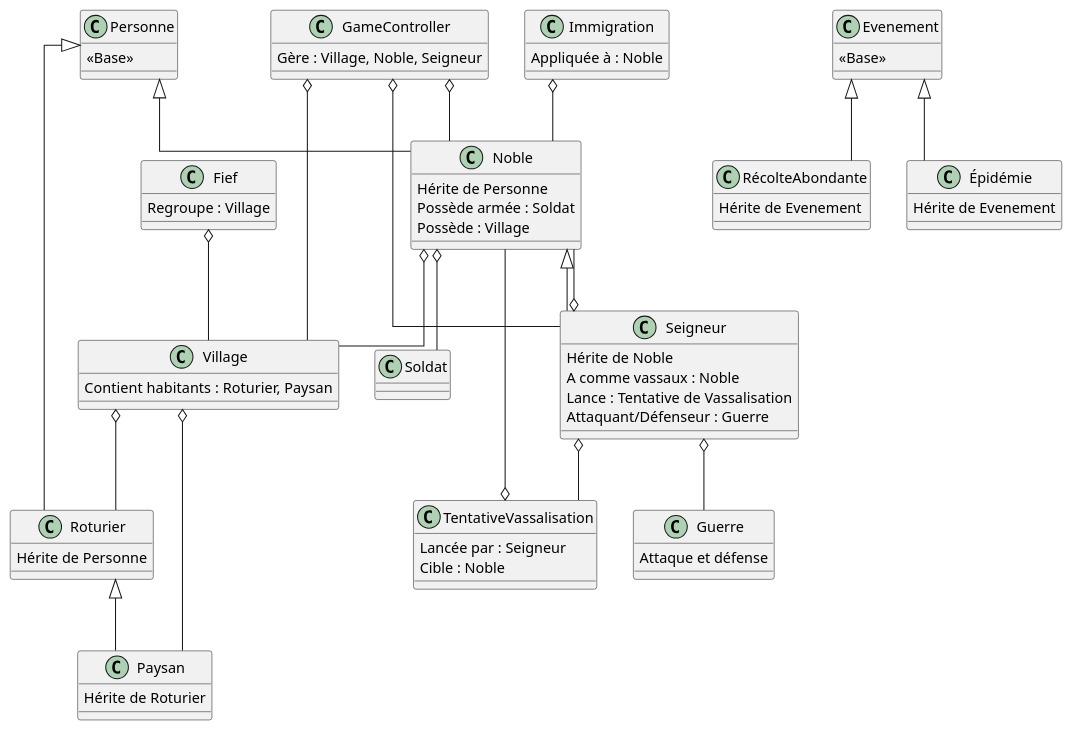
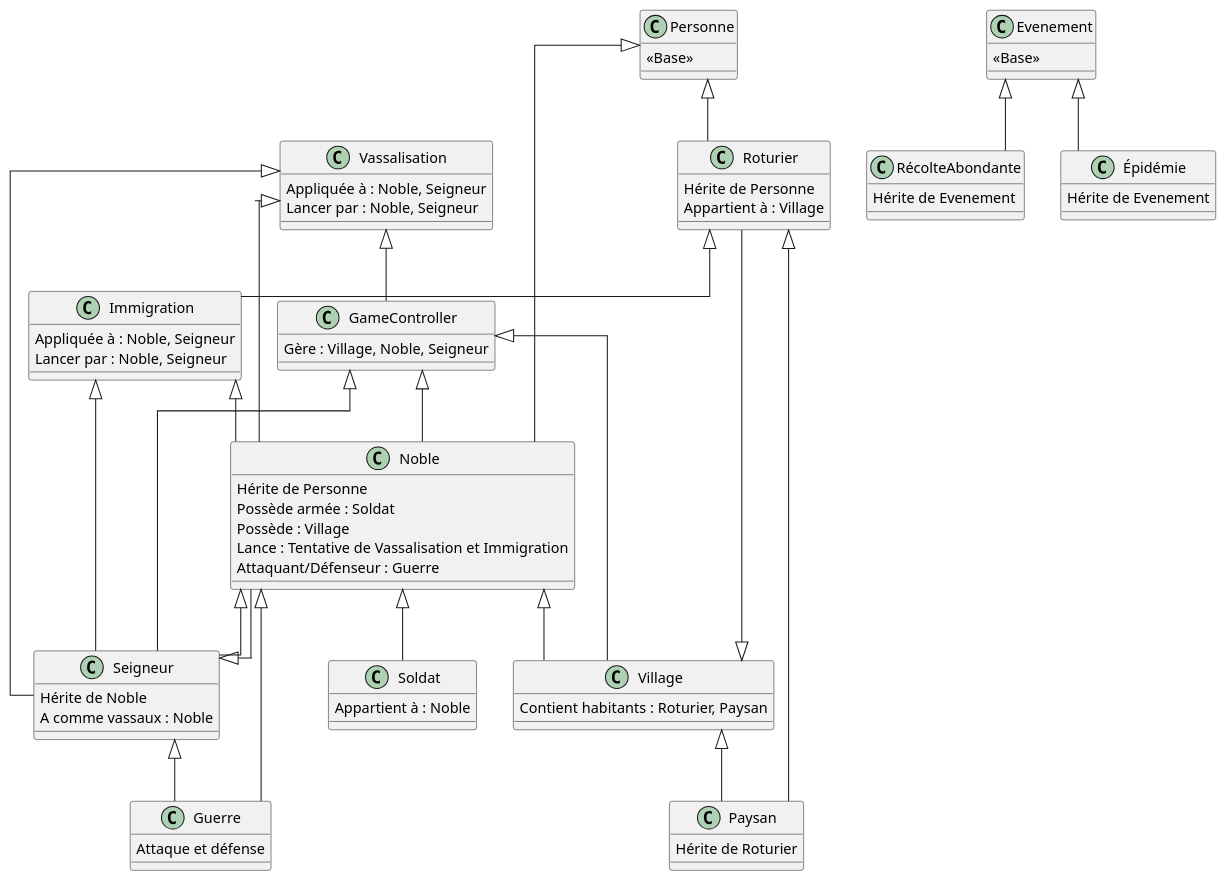
The diagram in Rendu/Project_Architecture.puml (evilbutcool73/Jeu_Medievale), drawn with PlantUML before and after one commit. The commit also changed 1 other file, not shown here.

```diff
--- a/Rendu/Project_Architecture.puml
+++ b/Rendu/Project_Architecture.puml
@@ -1,87 +1,90 @@
 @startuml
 skinparam linetype ortho
 
 class Personne {
     <<Base>>
 }
 
 class Roturier {
     Hérite de Personne
+    Appartient à : Village
 }
 
 class Paysan {
     Hérite de Roturier
 }
 
 class Noble {
     Hérite de Personne
     Possède armée : Soldat
     Possède : Village
+    Lance : Tentative de Vassalisation et Immigration
+    Attaquant/Défenseur : Guerre
 }
 
 class Seigneur {
     Hérite de Noble
     A comme vassaux : Noble
-    Lance : Tentative de Vassalisation
-    Attaquant/Défenseur : Guerre
 }
 
-class Soldat
+class Soldat{
+   Appartient à : Noble
+}
 
 class Village {
     Contient habitants : Roturier, Paysan
-}
-
-class Fief {
-    Regroupe : Village
 }
 
 class Evenement {
     <<Base>>
 }
 
 class RécolteAbondante {
     Hérite de Evenement
 }
 
 class Épidémie {
     Hérite de Evenement
 }
 
-class TentativeVassalisation {
-    Lancée par : Seigneur
-    Cible : Noble
-}
-
 class Guerre {
     Attaque et défense
 }
 
 class Immigration {
-    Appliquée à : Noble
+    Appliquée à : Noble, Seigneur
+Lancer par : Noble, Seigneur
 }
 
 class GameController {
     Gère : Village, Noble, Seigneur
 }
 
+class Vassalisation{
+    Appliquée à : Noble, Seigneur
+    Lancer par : Noble, Seigneur
+}
+
+Vassalisation <|-- Noble
+Vassalisation <|-- Seigneur
+Vassalisation <|-- GameController
 Personne <|-- Roturier
 Roturier <|-- Paysan
 Personne <|-- Noble
 Noble <|-- Seigneur
-Noble o-- Soldat
-Noble o-- Village
-Seigneur o-- Noble 
-Village o-- Roturier
-Village o-- Paysan
-Fief o-- Village
+Noble <|-- Soldat
+Noble <|-- Village
+Seigneur <|-- Noble 
+Village <|-- Roturier
+Village <|-- Paysan
 Evenement <|-- RécolteAbondante
-Evenement <|-- Épidémie
-Seigneur o-- TentativeVassalisation 
-TentativeVassalisation o-- Noble 
-Seigneur o-- Guerre
-Immigration o-- Noble 
-GameController o-- Village
-GameController o-- Noble
-GameController o-- Seigneur
+Evenement <|-- Épidémie 
+Seigneur <|-- Guerre
+Noble <|-- Guerre
+Immigration <|-- Noble 
+Immigration <|-- Seigneur
+Roturier <|-- Immigration 
+GameController <|-- Village
+GameController <|-- Noble
+GameController <|-- Seigneur
 @enduml
```
